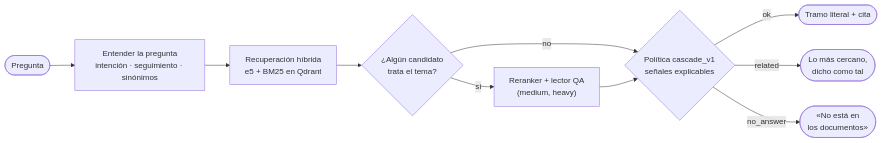
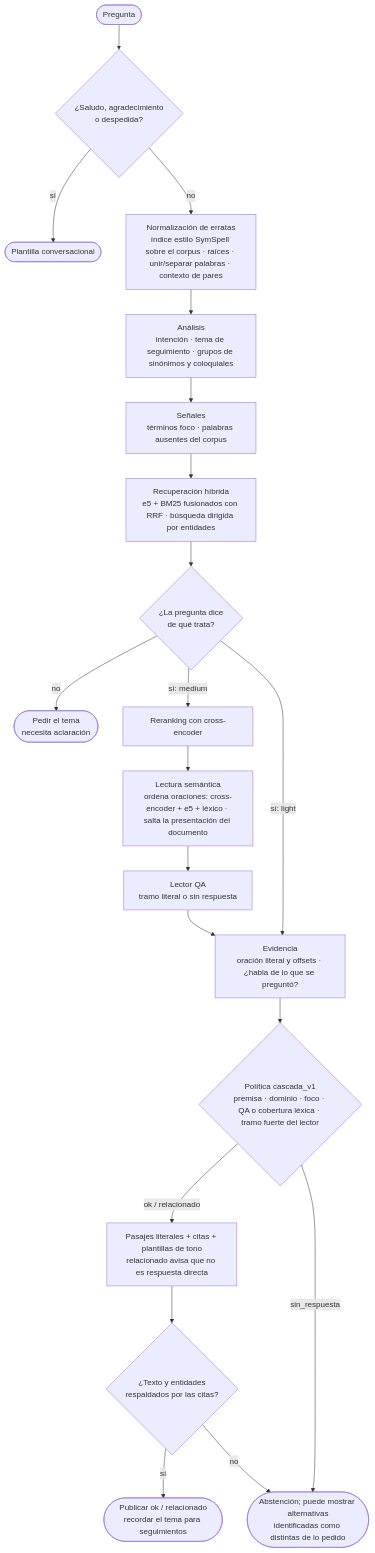
The diagram in README.es.md (ClaudioH19/ipsis), drawn with Mermaid before and after one commit. The commit also changed other lines of this file and 536 other files, not shown here.

First line of the commit message:
Sin heavy, comprensión informal, erratas, terminal interactiva y panel de operación

````diff
--- a/README.es.md
+++ b/README.es.md
@@ -91,12 +256,22 @@
 ```mermaid
-flowchart LR
-    P([Pregunta]) --> U["Entender la pregunta<br/>intención · seguimiento · sinónimos"]
-    U --> R["Recuperación híbrida<br/>e5 + BM25 en Qdrant"]
-    R --> F{"¿Algún candidato<br/>trata el tema?"}
-    F -- sí --> L["Reranker + lector QA<br/>(medium, heavy)"]
-    F -- no --> D
-    L --> D{"Política cascade_v1<br/>señales explicables"}
-    D -- ok --> OK(["Tramo literal + cita"])
-    D -- related --> REL(["Lo más cercano,<br/>dicho como tal"])
-    D -- no_answer --> NO(["«No está en<br/>los documentos»"])
+flowchart TD
+    Q([Pregunta]) --> C{"¿Saludo, agradecimiento<br/>o despedida?"}
+    C -- sí --> CON(["Plantilla conversacional"])
+    C -- no --> N["Normalización de erratas<br/>índice estilo SymSpell sobre el corpus · raíces · unir/separar palabras · contexto de pares"]
+    N --> A["Análisis<br/>intención · tema de seguimiento · grupos de sinónimos y coloquiales"]
+    A --> S["Señales<br/>términos foco · palabras ausentes del corpus"]
+    S --> R["Recuperación híbrida<br/>e5 + BM25 fusionados con RRF · búsqueda dirigida por entidades"]
+    R --> AC{"¿La pregunta dice<br/>de qué trata?"}
+    AC -- no --> CL(["Pedir el tema<br/>necesita aclaración"])
+    AC -- "sí: medium" --> RR["Reranking con cross-encoder"]
+    RR --> SR["Lectura semántica<br/>ordena oraciones: cross-encoder + e5 + léxico · salta la presentación del documento"]
+    SR --> QA["Lector QA<br/>tramo literal o sin respuesta"]
+    QA --> EV
+    AC -- "sí: light" --> EV["Evidencia<br/>oración literal y offsets · ¿habla de lo que se preguntó?"]
+    EV --> D{"Política cascada_v1<br/>premisa · dominio · foco · QA o cobertura léxica · tramo fuerte del lector"}
+    D -- "ok / relacionado" --> T["Pasajes literales + citas + plantillas de tono<br/>relacionado avisa que no es respuesta directa"]
+    D -- sin_respuesta --> NO(["Abstención; puede mostrar alternativas<br/>identificadas como distintas de lo pedido"])
+    T --> V{"¿Texto y entidades<br/>respaldados por las citas?"}
+    V -- sí --> OK(["Publicar ok / relacionado<br/>recordar el tema para seguimientos"])
+    V -- no --> NO
 ```
````
